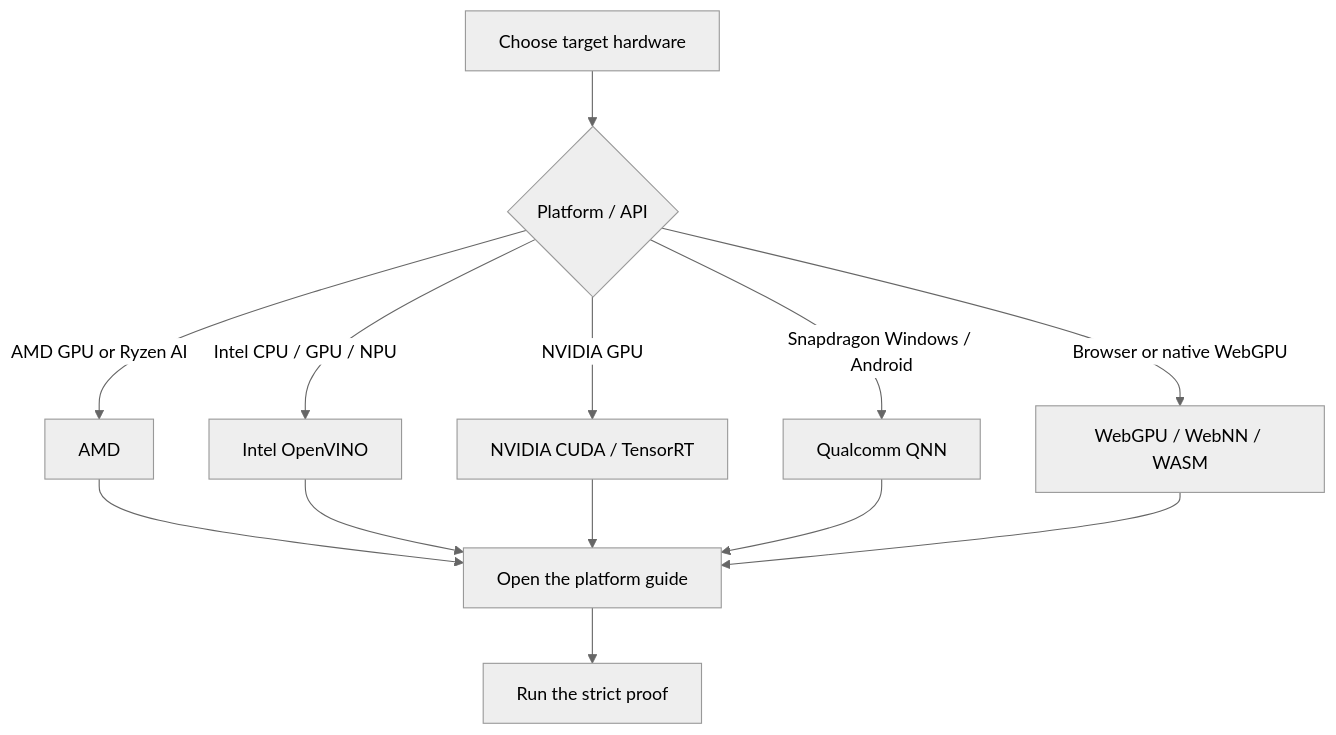
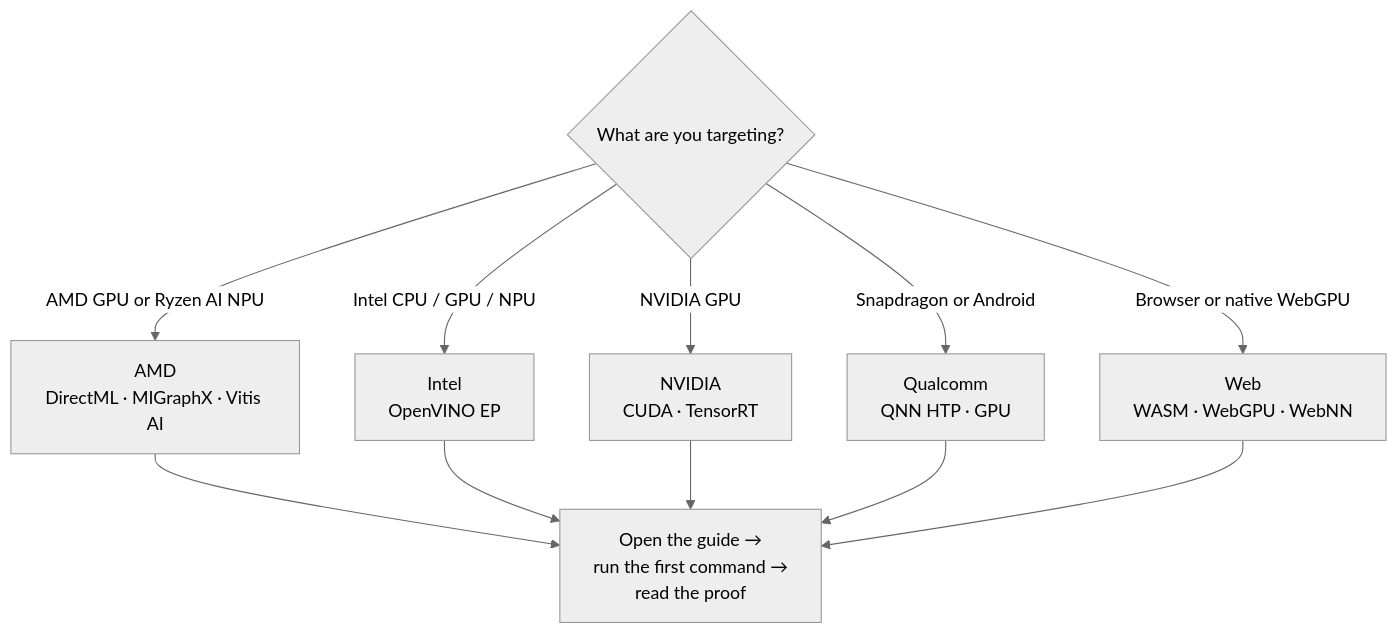
The fourth of 6 diagrams in README.md (DakeQQ/Tutorial-ONNX-Runtime-Execution-Providers), drawn with Mermaid (neutral theme) before and after one commit. The commit also changed other lines of this file and 1 other file, not shown here.

````diff
--- a/README.md
+++ b/README.md
@@ -38,15 +111,14 @@
 ```mermaid
 flowchart TD
-	A[Choose target hardware] --> B{Platform / API}
-	B -->|AMD GPU or Ryzen AI| AMD[AMD]
-	B -->|Intel CPU / GPU / NPU| INTEL[Intel OpenVINO]
-	B -->|NVIDIA GPU| NVIDIA[NVIDIA CUDA / TensorRT]
-	B -->|Snapdragon Windows / Android| QCOM[Qualcomm QNN]
-	B -->|Browser or native WebGPU| WEB[WebGPU / WebNN / WASM]
-	AMD --> GUIDE[Open the platform guide]
-	INTEL --> GUIDE
-	NVIDIA --> GUIDE
-	QCOM --> GUIDE
-	WEB --> GUIDE
-	GUIDE --> TEST[Run the strict proof]
+    A{"What are you targeting?"}
+    A -->|AMD GPU or Ryzen AI NPU| AMD["AMD<br/>DirectML · MIGraphX · Vitis AI"]
+    A -->|Intel CPU / GPU / NPU| INT["Intel<br/>OpenVINO EP"]
+    A -->|NVIDIA GPU| NV["NVIDIA<br/>CUDA · TensorRT"]
+    A -->|Snapdragon or Android| QC["Qualcomm<br/>QNN HTP · GPU"]
+    A -->|Browser or native WebGPU| WEB["Web<br/>WASM · WebGPU · WebNN"]
+    AMD --> G["Open the guide →<br/>run the first command →<br/>read the proof"]
+    INT --> G
+    NV --> G
+    QC --> G
+    WEB --> G
 ```
````
